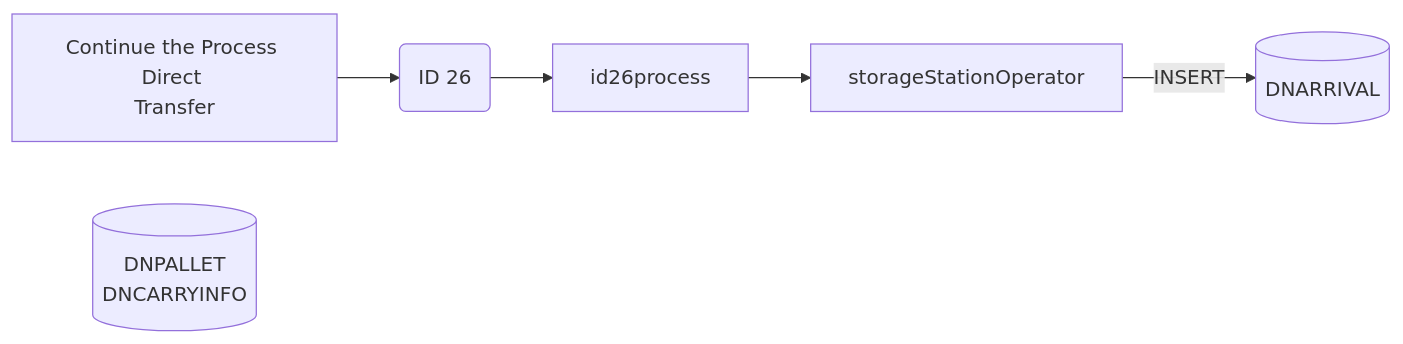
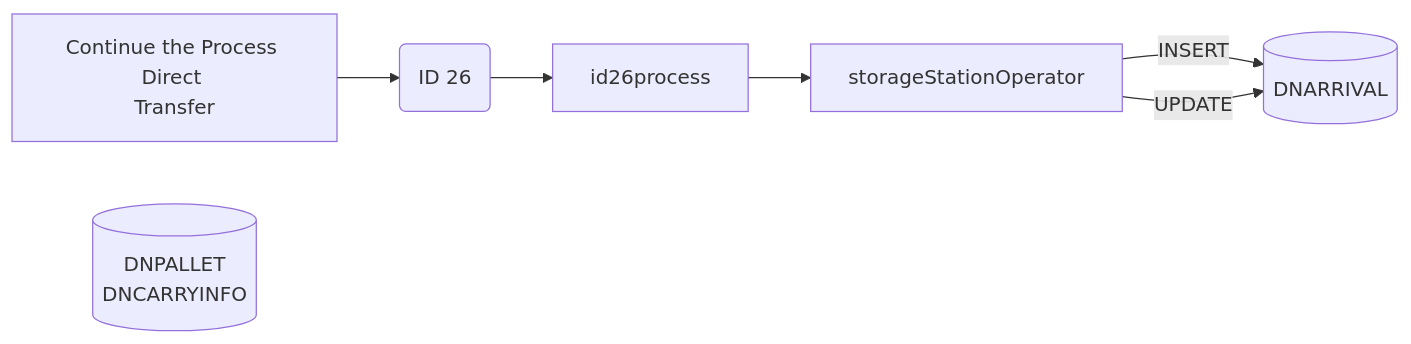
Before and after one commit to luthfiadityaa/SimeDarby-Wiki: the fifth of 23 diagrams in Basic-Design/DFD-WMS/Storage/Palletizing-Settting/Palletize-Start.md, drawn with Mermaid.

Commit message:
Updated Palletize Start

```diff
--- a/Basic-Design/DFD-WMS/Storage/Palletizing-Settting/Palletize-Start.md
+++ b/Basic-Design/DFD-WMS/Storage/Palletizing-Settting/Palletize-Start.md
@@ -323,26 +323,27 @@
 ::: mermaid
 flowchart LR
 
 releaseCommand["
 Continue the Process Direct 
 Transfer
 "]
 
 id26msg("
 ID 26
 ")
 
 id26-insert[("
 DNARRIVAL
 ")]
 
 id26-update[("
 DNPALLET
 DNCARRYINFO
 ")];
 
 storageStationOperator[storageStationOperator]
 
 releaseCommand-->id26msg-->id26process-->storageStationOperator
 storageStationOperator--> |INSERT| id26-insert
+storageStationOperator--> |UPDATE| id26-insert
 :::
```
